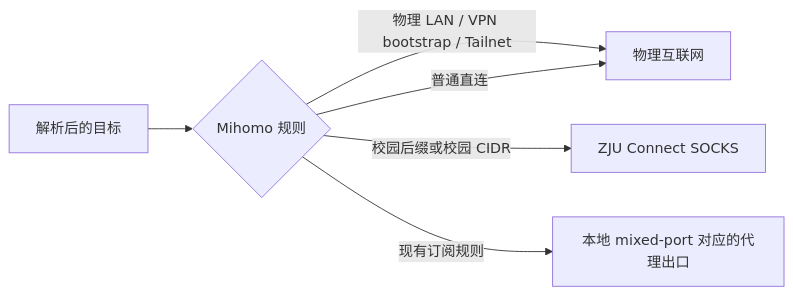
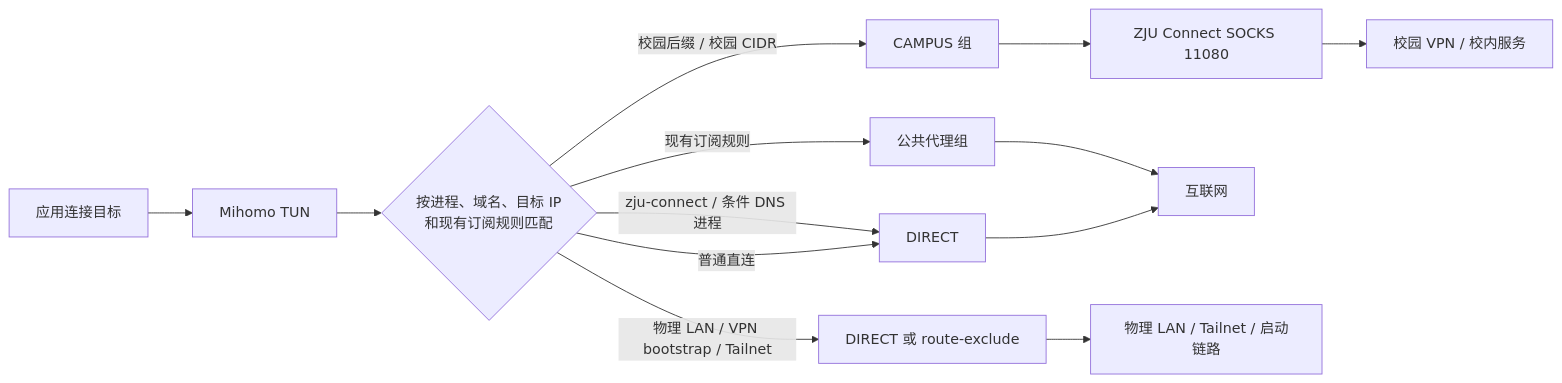
One commit to Anchorite-no/zjunet-skill changed the sixth of 7 diagrams in docs/architecture.md. Above: the diagram before and after it, drawn with Mermaid. The commit also changed other lines of this file and 1 other file, not shown here.

Commit message:
Document complete DNS request lifecycle

````diff
--- a/docs/architecture.md
+++ b/docs/architecture.md
@@ -28,8 +394,15 @@
 ```mermaid
 flowchart LR
-    IP["解析后的目标"] --> RULES{"Mihomo 规则"}
-    RULES -->|"物理 LAN / VPN bootstrap / Tailnet"| DIRECT
-    RULES -->|"校园后缀或校园 CIDR"| SOCKS["ZJU Connect SOCKS"]
-    RULES -->|"现有订阅规则"| PROXY["本地 mixed-port 对应的代理出口"]
-    RULES -->|"普通直连"| DIRECT["物理互联网"]
+    APP["应用连接目标"] --> TUN["Mihomo TUN"]
+    TUN --> RULES{"按进程、域名、目标 IP<br/>和现有订阅规则匹配"}
+    RULES -->|"zju-connect / 条件 DNS 进程"| DIRECT["DIRECT"]
+    RULES -->|"物理 LAN / VPN bootstrap / Tailnet"| BYPASS["DIRECT 或 route-exclude"]
+    RULES -->|"校园后缀 / 校园 CIDR"| CAMPUS["CAMPUS 组"]
+    RULES -->|"现有订阅规则"| PROXY["公共代理组"]
+    RULES -->|"普通直连"| DIRECT
+    CAMPUS --> SOCKS["ZJU Connect SOCKS 11080"]
+    SOCKS --> ZJU["校园 VPN / 校内服务"]
+    PROXY --> INTERNET["互联网"]
+    DIRECT --> INTERNET
+    BYPASS --> LOCAL["物理 LAN / Tailnet / 启动链路"]
 ```
````
